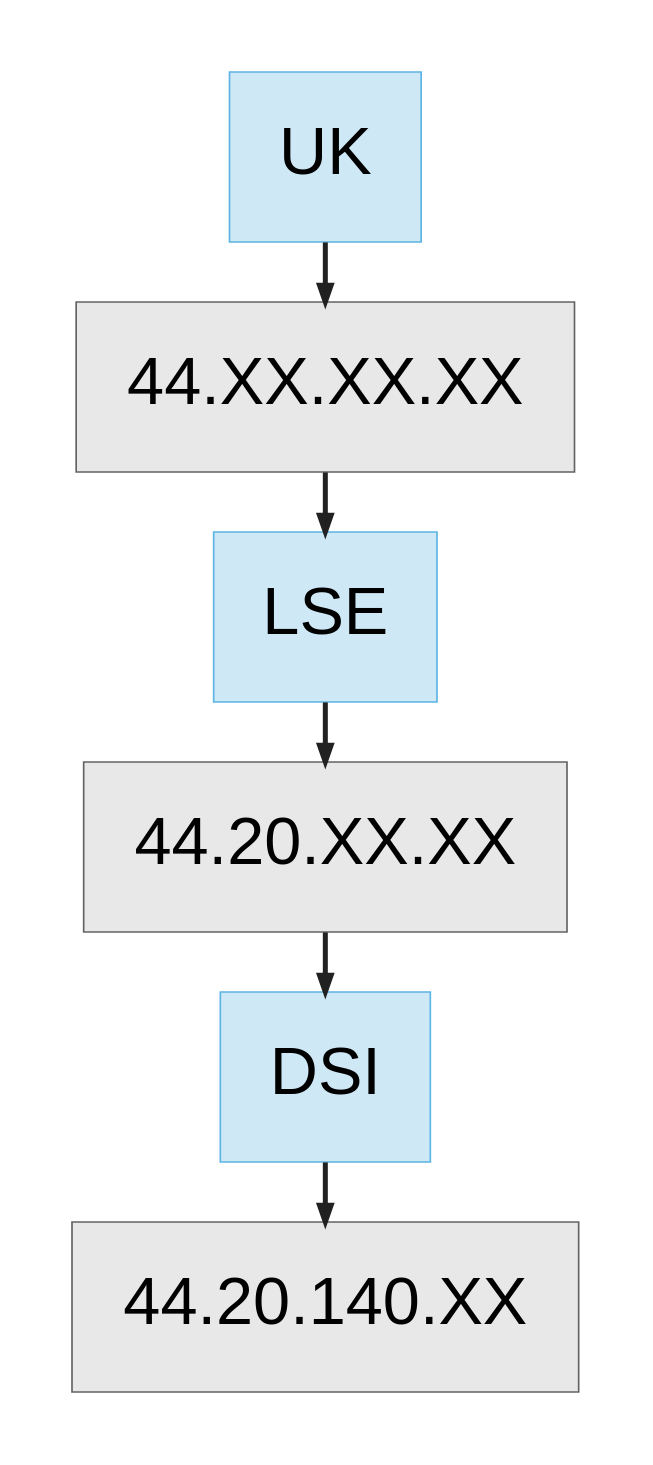
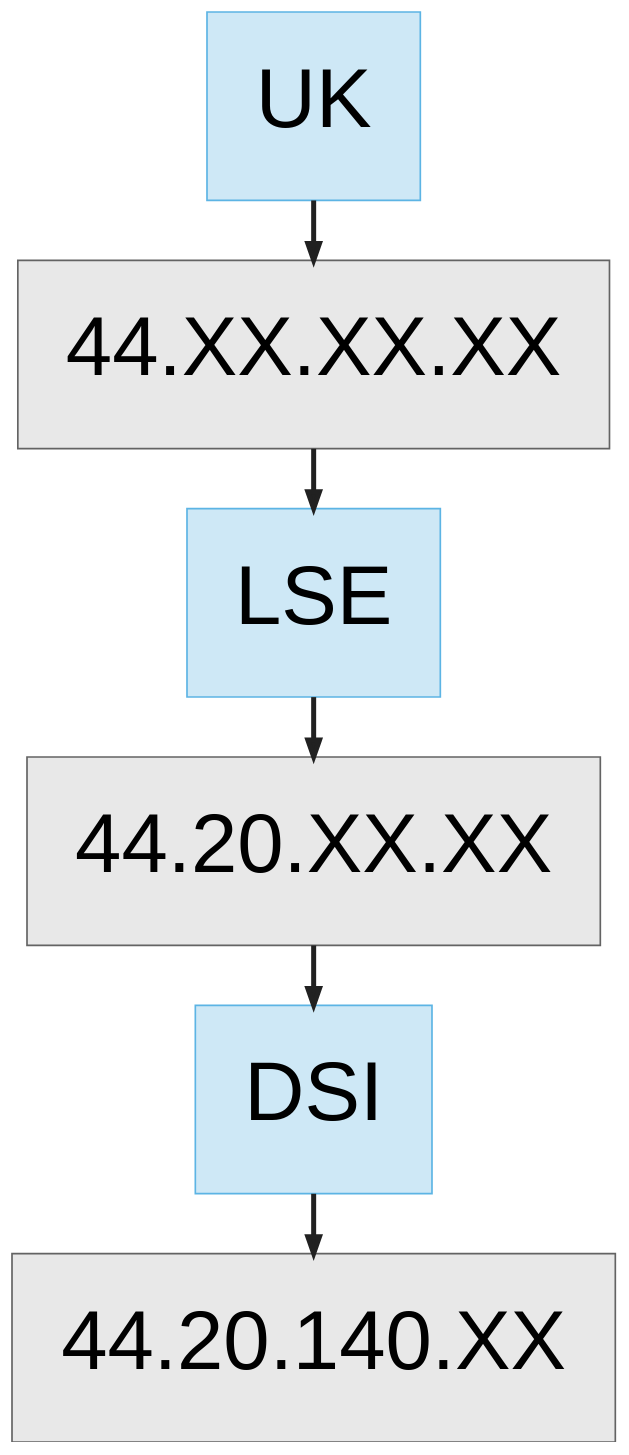
The diagram in slides/week04_slides_part1.qmd (LSE-DSI/lse-ds105-course-notes), drawn with Graphviz before and after one commit. The commit also changed other lines of this file and 1 other file, not shown here.

````diff
--- a/slides/week04_slides_part1.qmd
+++ b/slides/week04_slides_part1.qmd
@@ -107,29 +107,30 @@
 ```{dot}
 //| data-id: 1
 //| fig-width: 5
+//| fig-height: 6
 
 digraph {
-  pad=0.5;
+  pad=0;
   margin=0;
 	fontname="Helvetica,Arial,sans-serif";
-	node [fontname="Helvetica,Arial,sans-serif", fontcolor="]212121", fontsize="40", style=filled, fillcolor="#cee8f6", color="#5cb4e4", shape=box, margin=0.4]
+	node [fontname="Helvetica,Arial,sans-serif", fontcolor="]212121", fontsize="50", style=filled, fillcolor="#cee8f6", color="#5cb4e4", shape=box, margin=0.4]
 	edge [fontname="Helvetica,Arial,sans-serif", penwidth=3, color="#212121";]
 	
 	rankdir=TB;
 	
 	
 	UK          [label="UK"];
 	first_layer           [label="44.XX.XX.XX", fillcolor="#e8e8e8", color="#636363"];
 	LSE            [label="LSE"];
 	second_layer      [label="44.20.XX.XX", fillcolor="#e8e8e8", color="#636363"];
   DSI            [label="DSI"];
   third_layer      [label="44.20.140.XX", fillcolor="#e8e8e8", color="#636363"];
 	
   UK -> first_layer   ;
   first_layer -> LSE  ;
   LSE -> second_layer ;
   second_layer -> DSI ;
   DSI -> third_layer ;
 
 }
 ```
````
